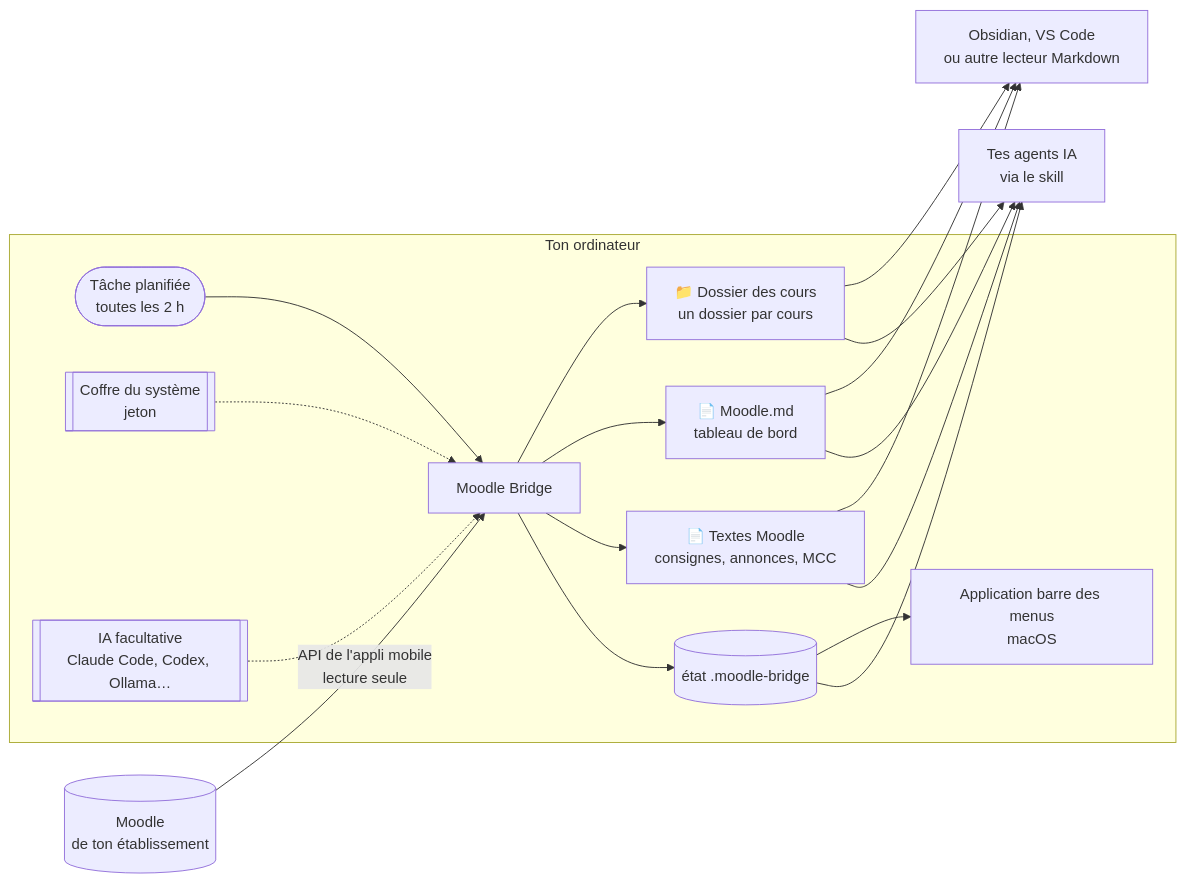
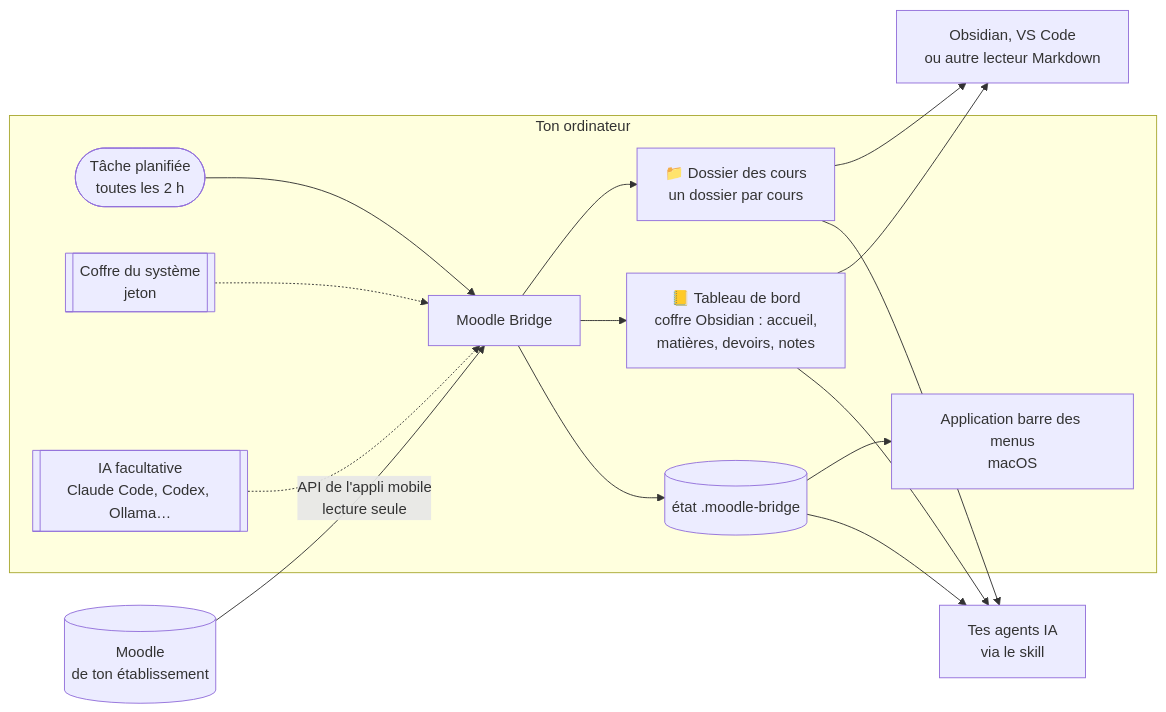
Before and after one commit to ArthurArctique/Moodle-Bridge: the diagram in README.md, drawn with Mermaid. The commit also changed other lines of this file and 27 other files, not shown here.

First line of the commit message:
Coffre Obsidian déterministe et choix de l'IA (1.1.0)

````diff
--- a/README.md
+++ b/README.md
@@ -127,18 +134,17 @@
 ```mermaid
 flowchart LR
     M[(Moodle<br/>de ton établissement)] -- "API de l'appli mobile<br/>lecture seule" --> P
 
     subgraph O[Ton ordinateur]
         T([Tâche planifiée<br/>toutes les 2 h]) --> P[Moodle Bridge]
         J[[Coffre du système<br/>jeton]] -.-> P
         IA[[IA facultative<br/>Claude Code, Codex, Ollama…]] -.-> P
         P --> D[📁 Dossier des cours<br/>un dossier par cours]
-        P --> I[📄 Moodle.md<br/>tableau de bord]
-        P --> X[📄 Textes Moodle<br/>consignes, annonces, MCC]
+        P --> V[📒 Tableau de bord<br/>coffre Obsidian : accueil,<br/>matières, devoirs, notes]
         P --> S[(état .moodle-bridge)]
         S --> A[Application barre des menus<br/>macOS]
     end
 
-    D & I & X --> R[Obsidian, VS Code<br/>ou autre lecteur Markdown]
-    D & I & X & S --> G[Tes agents IA<br/>via le skill]
+    D & V --> R[Obsidian, VS Code<br/>ou autre lecteur Markdown]
+    D & V & S --> G[Tes agents IA<br/>via le skill]
 ```
````
